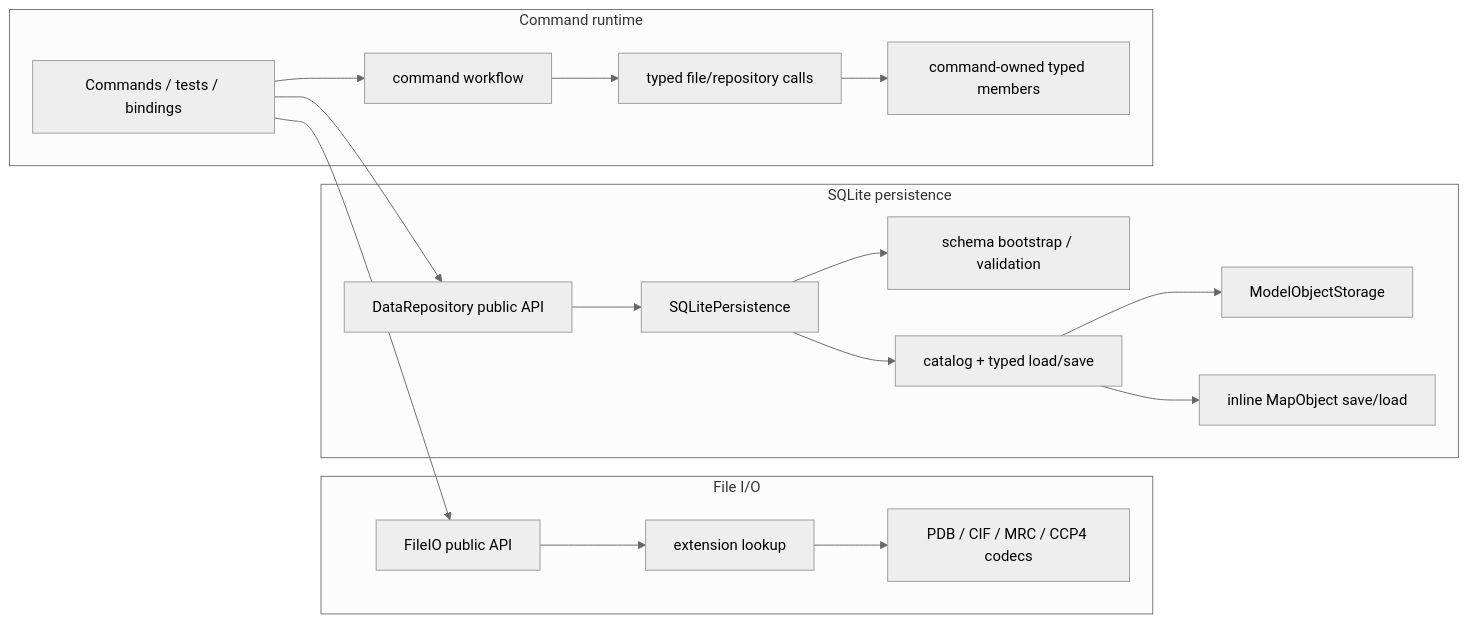
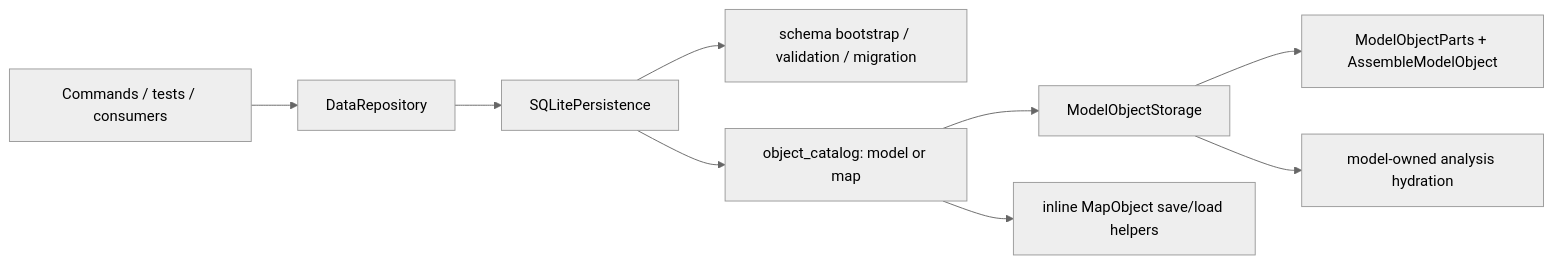
The second of 2 diagrams in docs/developer/architecture/dataobject-io-architecture.md (yslianTim/rhbm_gem), drawn with Mermaid (neutral theme) before and after one commit. The commit also changed other lines of this file, not shown here.

````diff
--- a/docs/developer/architecture/dataobject-io-architecture.md
+++ b/docs/developer/architecture/dataobject-io-architecture.md
@@ -58,24 +93,11 @@
 ```mermaid
 flowchart LR
-    A["Commands / tests / bindings"] --> B["FileIO public API"]
-    A --> C["DataRepository public API"]
-
-    subgraph F["File I/O"]
-      B --> E["extension lookup"]
-      E --> F1["PDB / CIF / MRC / CCP4 codecs"]
-    end
-
-    subgraph P["SQLite persistence"]
-      C --> G["SQLitePersistence"]
-      G --> H["schema bootstrap / validation"]
-      G --> I["catalog + typed load/save"]
-      I --> J["ModelObjectStorage"]
-      I --> K["inline MapObject save/load"]
-    end
-
-    subgraph R["Command runtime"]
-      A --> M["command workflow"]
-      M --> N["typed file/repository calls"]
-      N --> O["command-owned typed members"]
-    end
+    A["Commands / tests / consumers"] --> B["DataRepository"]
+    B --> C["SQLitePersistence"]
+    C --> D["schema bootstrap / validation / migration"]
+    C --> E["object_catalog: model or map"]
+    E --> F["ModelObjectStorage"]
+    E --> G["inline MapObject save/load helpers"]
+    F --> H["ModelObjectParts + AssembleModelObject"]
+    F --> I["model-owned analysis hydration"]
 ```
````
